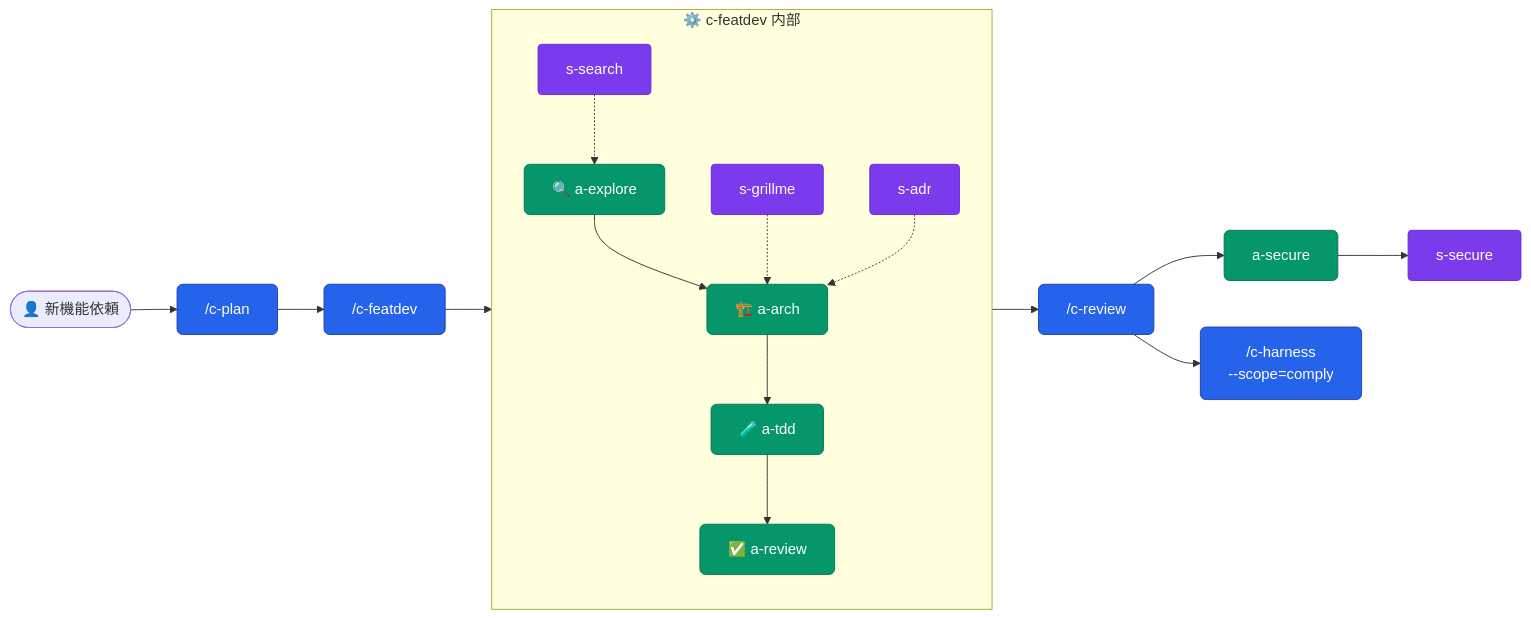
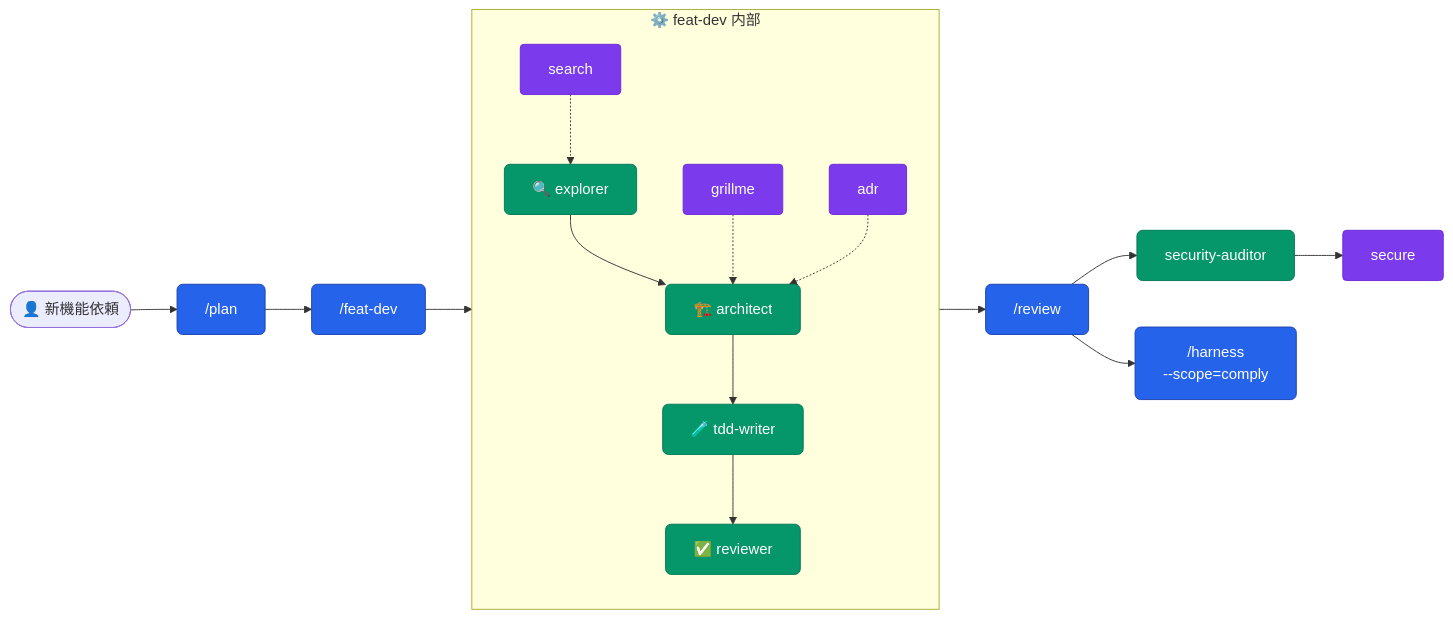
One commit to aokumablue/claq changed the first of 12 diagrams in plugins/deepblue/README.md. Above: the diagram before and after it, drawn with Mermaid. The commit also changed other lines of this file and 125 other files, not shown here.

````diff
--- a/plugins/deepblue/README.md
+++ b/plugins/deepblue/README.md
@@ -32,26 +32,26 @@
 ```mermaid
 flowchart LR
   classDef cmd    fill:#2563eb,stroke:#1e40af,color:#fff,rx:6
   classDef agent  fill:#059669,stroke:#047857,color:#fff,rx:6
   classDef skill  fill:#7c3aed,stroke:#6d28d9,color:#fff,rx:4
   classDef auto   fill:#ea580c,stroke:#c2410c,color:#fff,rx:4
 
-  U(["👤 新機能依頼"]) --> CP["/c-plan"]:::cmd
-  CP --> CF["/c-featdev"]:::cmd
+  U(["👤 新機能依頼"]) --> CP["/plan"]:::cmd
+  CP --> CF["/feat-dev"]:::cmd
 
-  subgraph featdev["⚙️ c-featdev 内部"]
+  subgraph featdev["⚙️ feat-dev 内部"]
     direction TB
-    AE["🔍 a-explore"]:::agent --> AA["🏗️ a-arch"]:::agent
-    AA --> AT["🧪 a-tdd"]:::agent
-    AT --> AR["✅ a-review"]:::agent
-    SS["s-search"]:::skill -.-> AE
-    SG["s-grillme"]:::skill -.-> AA
-    SA["s-adr"]:::skill -.-> AA
+    AE["🔍 explorer"]:::agent --> AA["🏗️ architect"]:::agent
+    AA --> AT["🧪 tdd-writer"]:::agent
+    AT --> AR["✅ reviewer"]:::agent
+    SS["search"]:::skill -.-> AE
+    SG["grillme"]:::skill -.-> AA
+    SA["adr"]:::skill -.-> AA
   end
 
   CF --> featdev
-  featdev --> CR["/c-review"]:::cmd
-  CR --> AS["a-secure"]:::agent
-  AS --> SC["s-secure"]:::skill
-  CR --> CH["/c-harness\n--scope=comply"]:::cmd
+  featdev --> CR["/review"]:::cmd
+  CR --> AS["security-auditor"]:::agent
+  AS --> SC["secure"]:::skill
+  CR --> CH["/harness\n--scope=comply"]:::cmd
 ```
````
